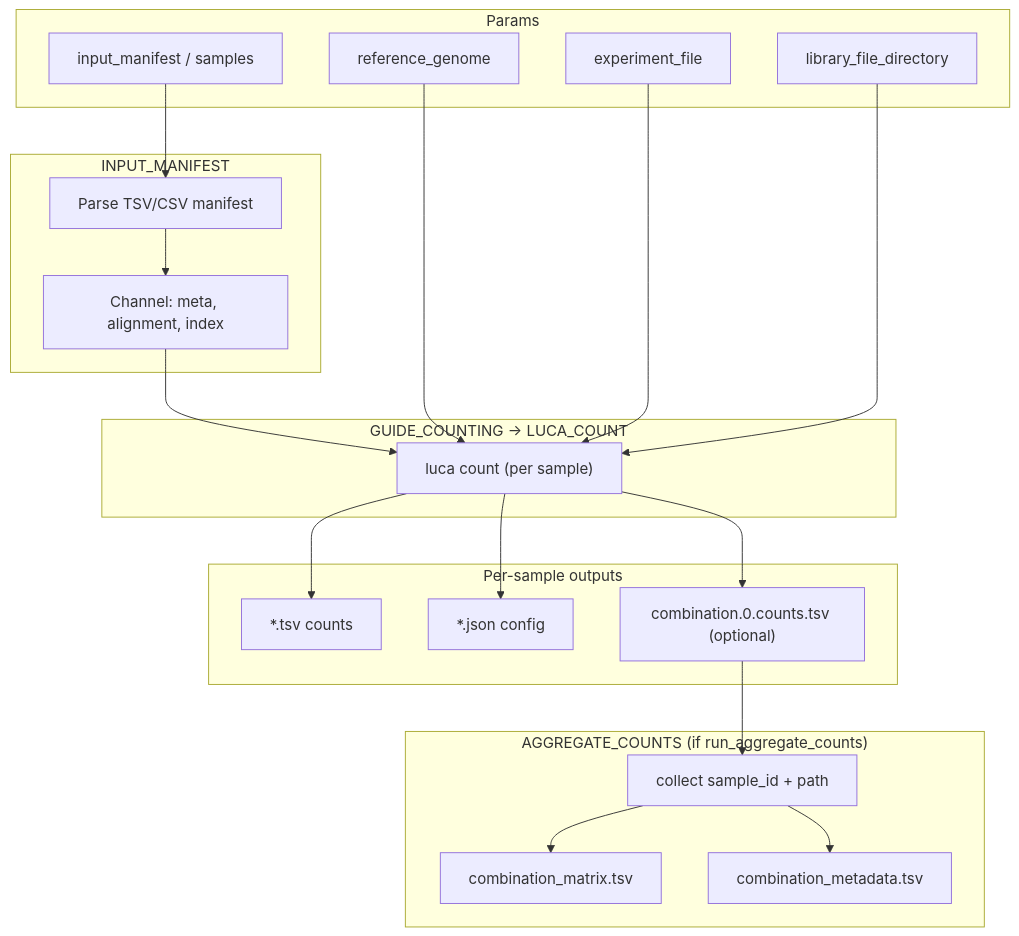
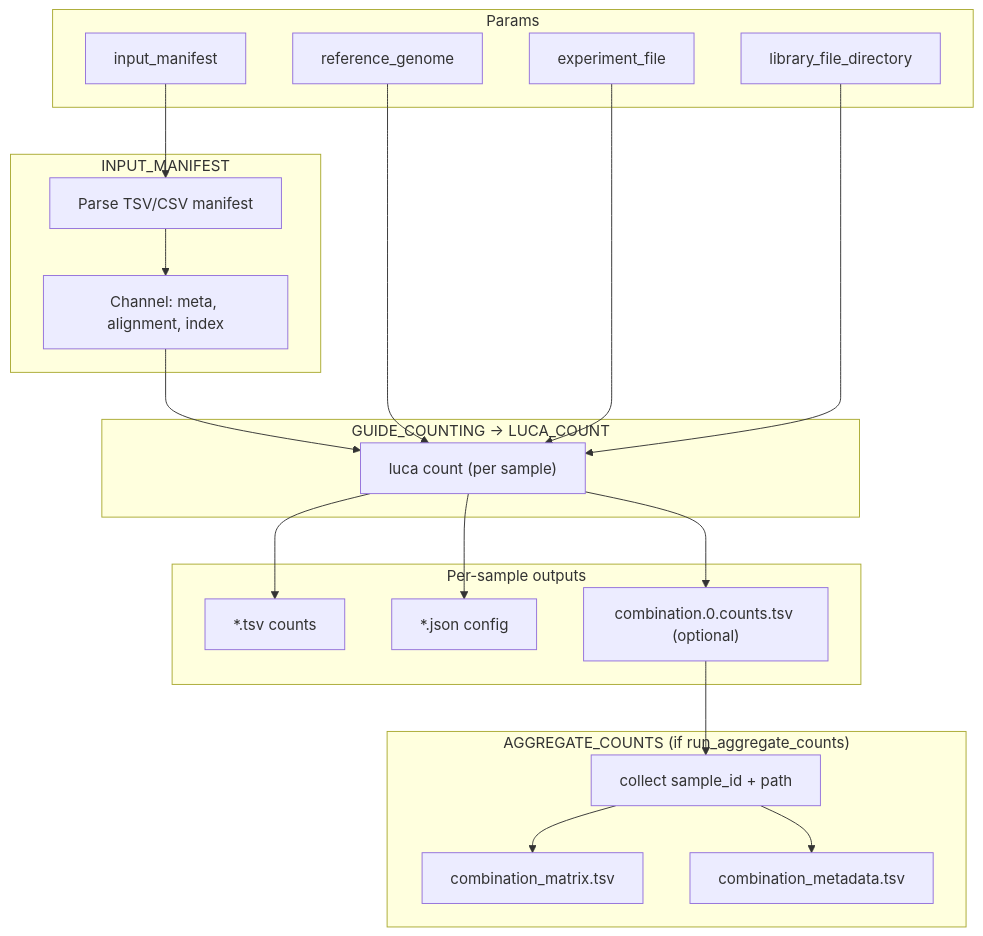
Before and after one commit to team113sanger/lucamotion: the diagram in README.md, drawn with Mermaid. The commit also changed other lines of this file and 9 other files, not shown here.

````diff
--- a/README.md
+++ b/README.md
@@ -97,33 +97,33 @@
 ```mermaid
 flowchart TB
     subgraph params["Params"]
-        manifest["input_manifest / samples"]
+        manifest["input_manifest"]
         ref["reference_genome"]
         exp["experiment_file"]
         lib["library_file_directory"]
     end
 
     subgraph ingest["INPUT_MANIFEST"]
         manifest --> parse["Parse TSV/CSV manifest"]
         parse --> align["Channel: meta, alignment, index"]
     end
 
     subgraph count["GUIDE_COUNTING → LUCA_COUNT"]
         align --> luca["luca count (per sample)"]
         ref --> luca
         exp --> luca
         lib --> luca
     end
 
     subgraph out_per_sample["Per-sample outputs"]
         luca --> counts["*.tsv counts"]
         luca --> configs["*.json config"]
         luca --> combo["combination.0.counts.tsv (optional)"]
     end
 
     subgraph agg["AGGREGATE_COUNTS (if run_aggregate_counts)"]
         combo --> collect["collect sample_id + path"]
         collect --> matrix["combination_matrix.tsv"]
         collect --> meta_out["combination_metadata.tsv"]
     end
 ```
````
